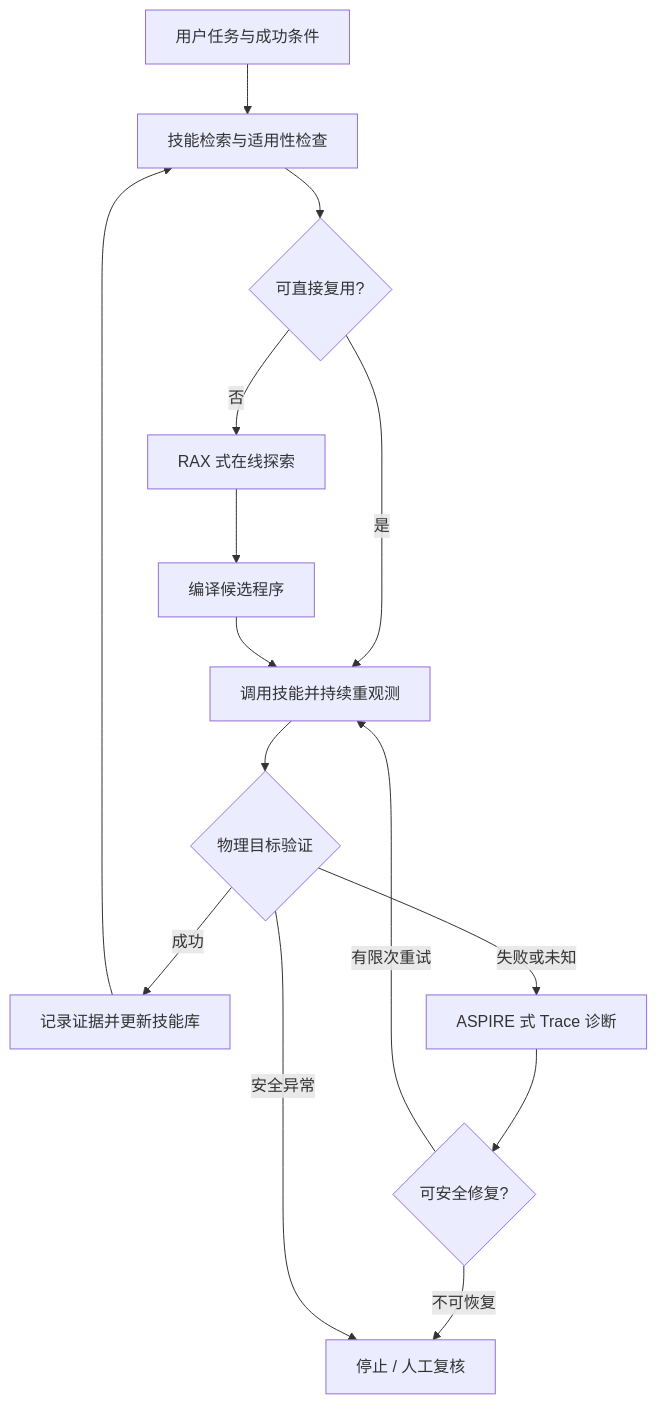
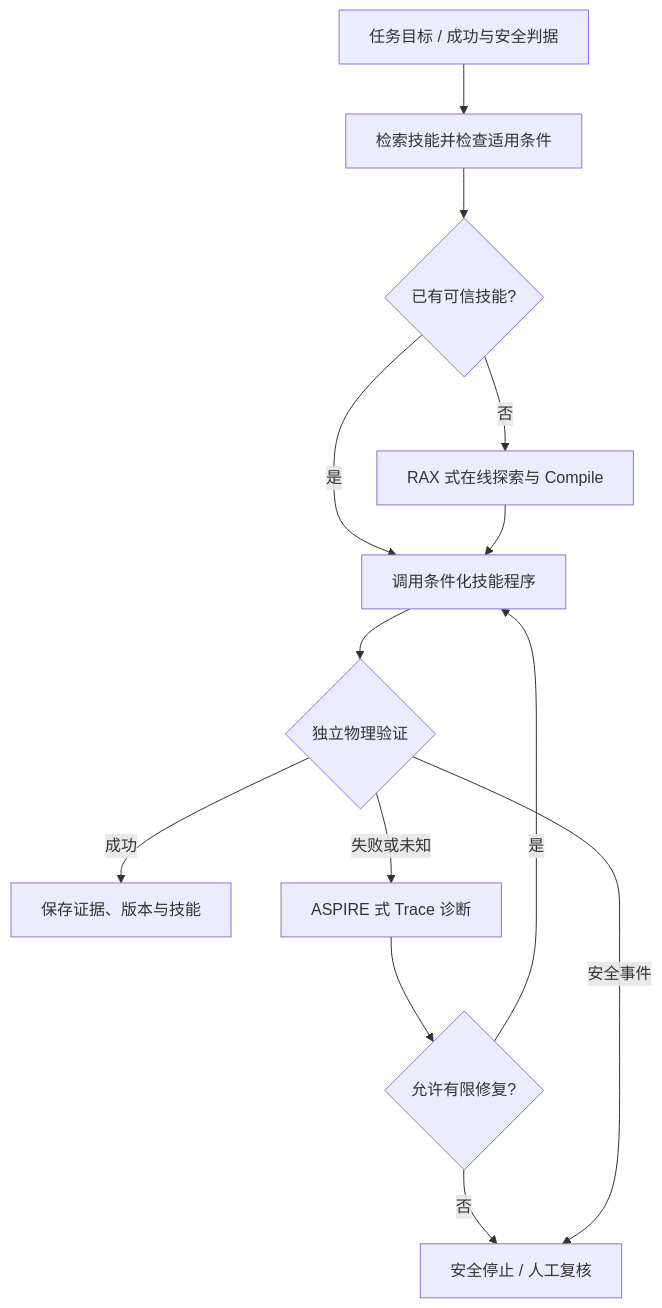
Before and after one commit to zengxiong111/Foundation_of_Embodied_AI: the fourth of 4 diagrams in md/Robot_Agent_Workflow_ZH.md, drawn with Mermaid. The commit also changed other lines of this file and 8 other files, not shown here.

````diff
--- a/md/Robot_Agent_Workflow_ZH.md
+++ b/md/Robot_Agent_Workflow_ZH.md
@@ -194,17 +285,15 @@
 ```mermaid
 flowchart TB
-    U[用户任务与成功条件] --> K[技能检索与适用性检查]
-    K --> D{可直接复用?}
-    D -->|是| X[调用技能并持续重观测]
-    D -->|否| E[RAX 式在线探索]
-    E --> B[编译候选程序]
-    B --> X
-    X --> J{物理目标验证}
-    J -->|成功| M[记录证据并更新技能库]
-    J -->|失败或未知| T[ASPIRE 式 Trace 诊断]
-    T --> F{可安全修复?}
-    F -->|有限次重试| X
-    F -->|不可恢复| H[停止 / 人工复核]
-    J -->|安全异常| H
-    M --> K
+  G[任务目标 / 成功与安全判据] --> L[检索技能并检查适用条件]
+  L --> Q{已有可信技能?}
+  Q -->|是| X[调用条件化技能程序]
+  Q -->|否| E[RAX 式在线探索与 Compile]
+  E --> X
+  X --> V{独立物理验证}
+  V -->|成功| M[保存证据、版本与技能]
+  V -->|失败或未知| T[ASPIRE 式 Trace 诊断]
+  T --> F{允许有限修复?}
+  F -->|是| X
+  F -->|否| H[安全停止 / 人工复核]
+  V -->|安全事件| H
 ```
````
